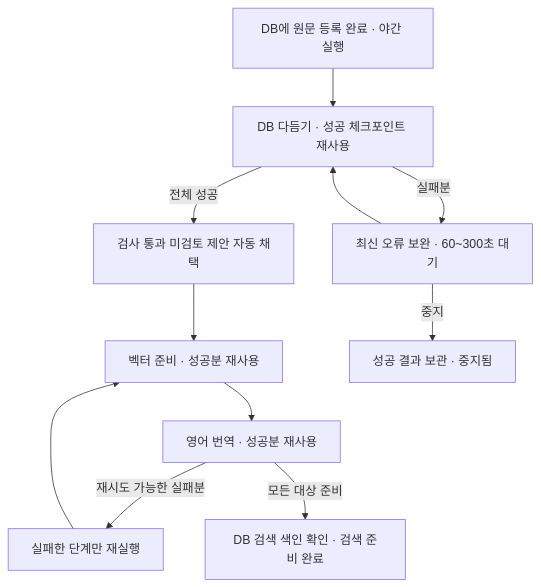
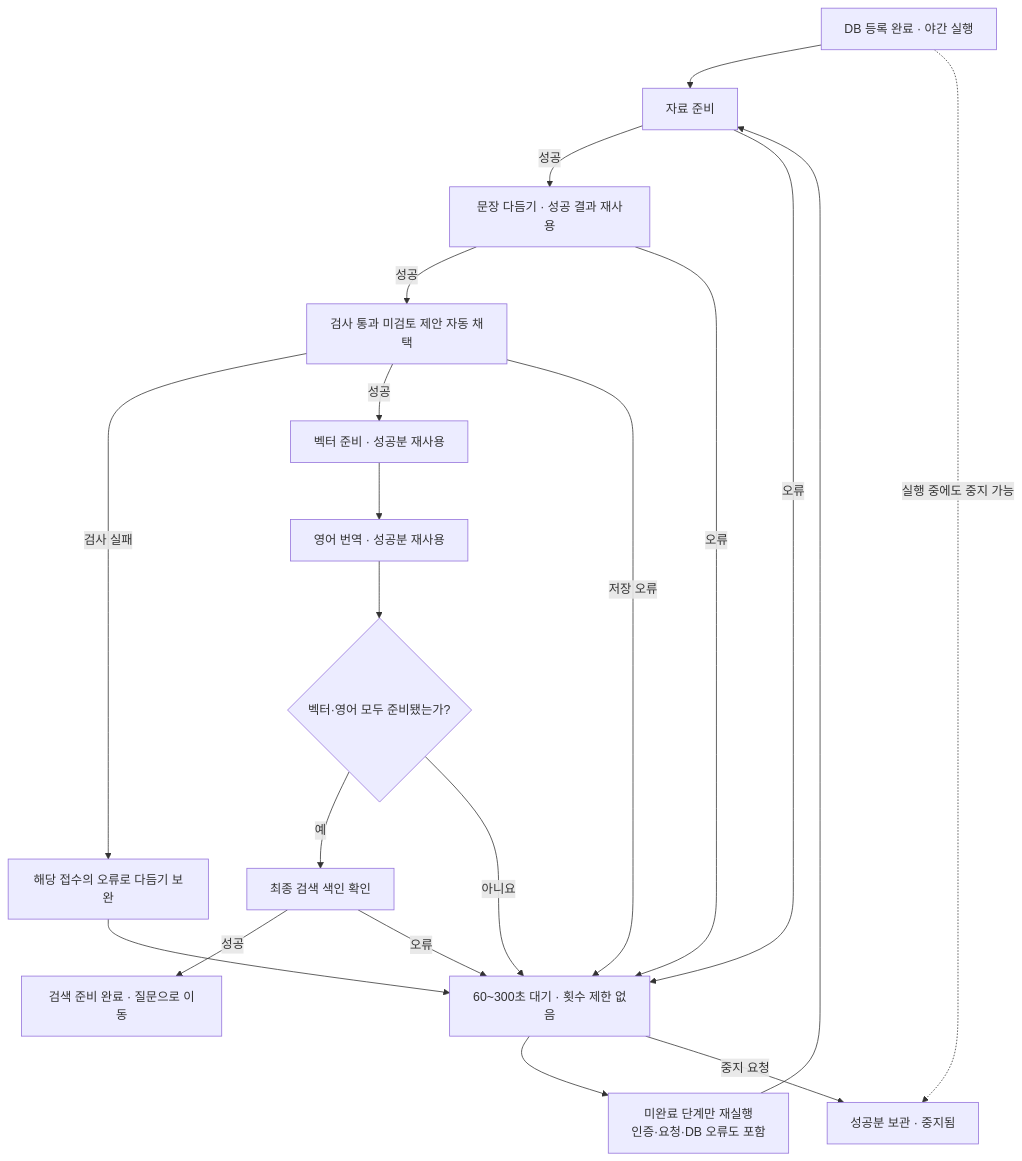
One commit to pmh10401/cs-excel-rag changed the sixth of 6 diagrams in docs/전체-프로그램-플로우.md. Above: the diagram before and after it, drawn with Mermaid. The commit also changed other lines of this file and 14 other files, not shown here.

````diff
--- a/docs/전체-프로그램-플로우.md
+++ b/docs/전체-프로그램-플로우.md
@@ -242,13 +242,22 @@
 ```mermaid
 flowchart TD
-    A[DB에 원문 등록 완료 · 야간 실행] --> B[DB 다듬기 · 성공 체크포인트 재사용]
-    B -->|실패분| C[최신 오류 보완 · 60~300초 대기]
-    C --> B
-    B -->|전체 성공| D[검사 통과 미검토 제안 자동 채택]
-    D --> E[벡터 준비 · 성공분 재사용]
+    A[DB 등록 완료 · 야간 실행] --> P[자료 준비]
+    P -->|성공| B[문장 다듬기 · 성공 결과 재사용]
+    B -->|성공| D[검사 통과 미검토 제안 자동 채택]
+    D -->|검사 실패| REPAIR[해당 접수의 오류로 다듬기 보완]
+    REPAIR --> WAIT[60~300초 대기 · 횟수 제한 없음]
+    D -->|성공| E[벡터 준비 · 성공분 재사용]
     E --> F[영어 번역 · 성공분 재사용]
-    F -->|재시도 가능한 실패분| G[실패한 단계만 재실행]
-    G --> E
-    F -->|모든 대상 준비| H[DB 검색 색인 확인 · 검색 준비 완료]
-    C -->|중지| I[성공 결과 보관 · 중지됨]
+    F --> CHECK{벡터·영어 모두 준비됐는가?}
+    CHECK -->|예| H[최종 검색 색인 확인]
+    H -->|성공| READY[검색 준비 완료 · 질문으로 이동]
+    P -->|오류| WAIT
+    B -->|오류| WAIT
+    D -->|저장 오류| WAIT
+    CHECK -->|아니요| WAIT
+    H -->|오류| WAIT
+    WAIT --> AGAIN[미완료 단계만 재실행<br/>인증·요청·DB 오류도 포함]
+    AGAIN --> P
+    WAIT -->|중지 요청| STOP[성공분 보관 · 중지됨]
+    A -. 실행 중에도 중지 가능 .-> STOP
 ```
````
